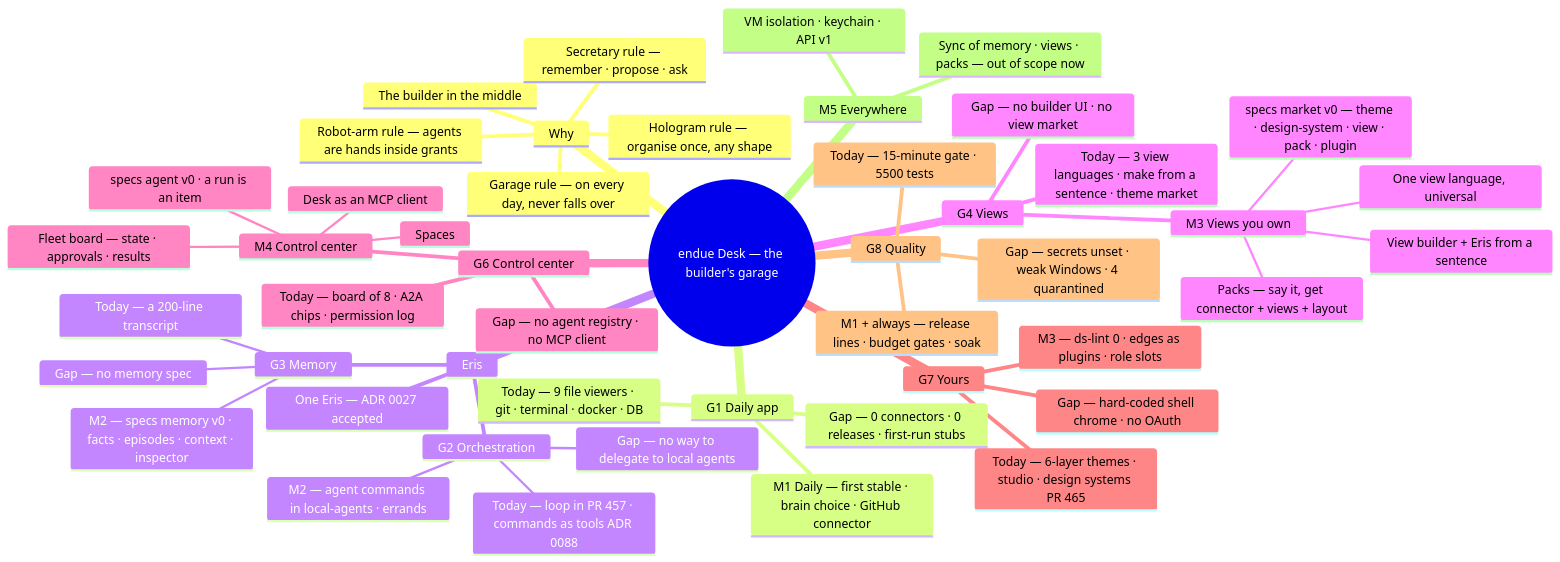
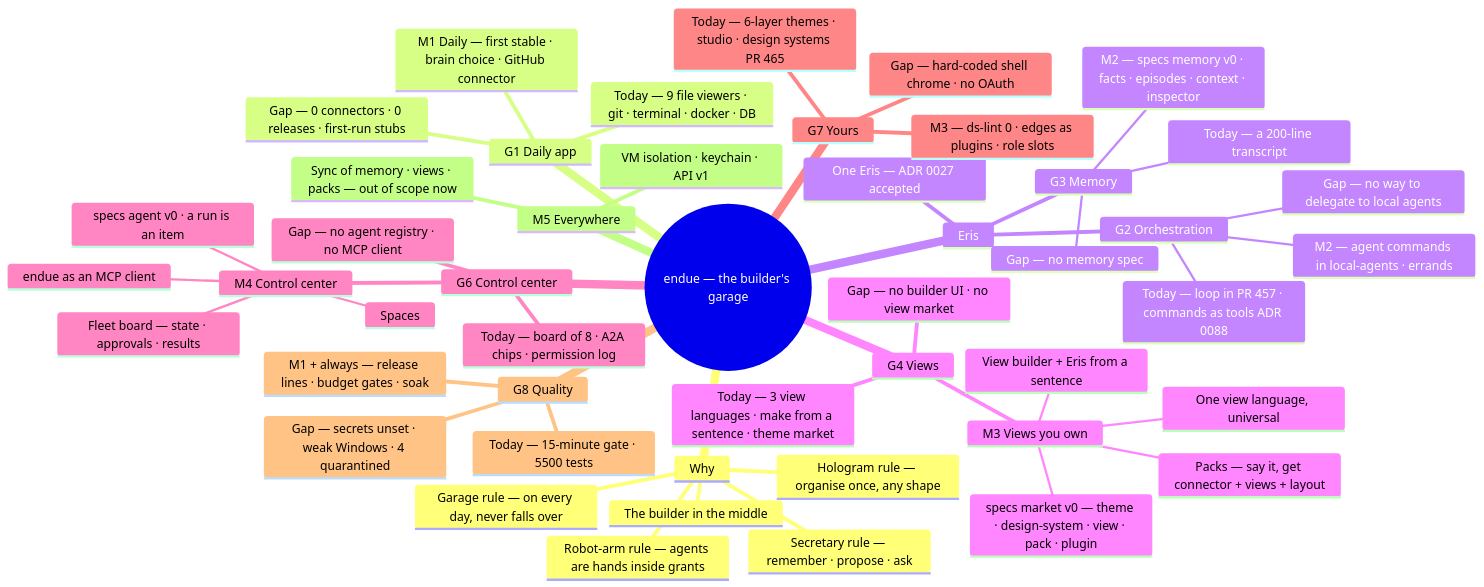
The diagram in docs/roadmap.md (endue-ai/Desk), drawn with Mermaid before and after one commit. The commit also changed other lines of this file and 17 other files, not shown here.

````diff
--- a/docs/roadmap.md
+++ b/docs/roadmap.md
@@ -329,51 +329,51 @@
 ```mermaid
 mindmap
-  root((endue Desk — the builder's garage))
+  root((endue — the builder's garage))
     Why
       The builder in the middle
       Secretary rule — remember · propose · ask
       Hologram rule — organise once, any shape
       Robot-arm rule — agents are hands inside grants
       Garage rule — on every day, never falls over
     G1 Daily app
       Today — 9 file viewers · git · terminal · docker · DB
       Gap — 0 connectors · 0 releases · first-run stubs
       M1 Daily — first stable · brain choice · GitHub connector
     Eris
       G2 Orchestration
         Today — loop in PR 457 · commands as tools ADR 0088
         Gap — no way to delegate to local agents
         M2 — agent commands in local-agents · errands
       G3 Memory
         Today — a 200-line transcript
         Gap — no memory spec
         M2 — specs memory v0 · facts · episodes · context · inspector
       One Eris — ADR 0027 accepted
     G4 Views
       Today — 3 view languages · make from a sentence · theme market
       Gap — no builder UI · no view market
       M3 Views you own
         One view language, universal
         View builder + Eris from a sentence
         specs market v0 — theme · design-system · view · pack · plugin
         Packs — say it, get connector + views + layout
     G6 Control center
       Today — board of 8 · A2A chips · permission log
       Gap — no agent registry · no MCP client
       M4 Control center
         specs agent v0 · a run is an item
         Fleet board — state · approvals · results
-        Desk as an MCP client
+        endue as an MCP client
         Spaces
     G7 Yours
       Today — 6-layer themes · studio · design systems PR 465
       Gap — hard-coded shell chrome · no OAuth
       M3 — ds-lint 0 · edges as plugins · role slots
     G8 Quality
       Today — 15-minute gate · 5500 tests
       Gap — secrets unset · weak Windows · 4 quarantined
       M1 + always — release lines · budget gates · soak
     M5 Everywhere
       Sync of memory · views · packs — out of scope now
       VM isolation · keychain · API v1
 ```
````
